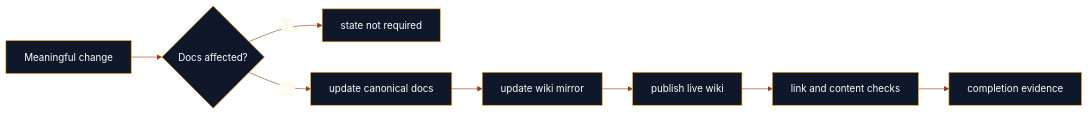
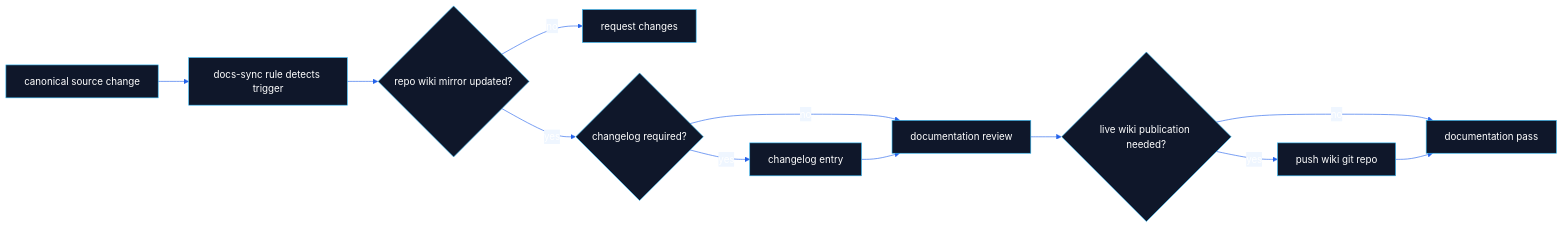
Before and after one commit to flynn33/forsetti-agentic-edition: the third of 3 diagrams in wiki/Documentation.md, drawn with Mermaid. The commit also changed other lines of this file and 11 other files, not shown here.

````diff
--- a/wiki/Documentation.md
+++ b/wiki/Documentation.md
@@ -57,11 +81,15 @@
 ```mermaid
-%%{init: {"theme":"base","themeVariables":{"primaryColor":"#0f172a","primaryTextColor":"#ffffff","primaryBorderColor":"#f59e0b","lineColor":"#92400e","secondaryColor":"#fffbeb","tertiaryColor":"#f8fafc"}}}%%
+%%{init: {"theme":"base","themeVariables":{"primaryColor":"#0f172a","primaryTextColor":"#ffffff","primaryBorderColor":"#38bdf8","lineColor":"#2563eb","secondaryColor":"#eff6ff","tertiaryColor":"#f8fafc"}}}%%
 flowchart LR
-    Change["Meaningful change"] --> Impact{"Docs affected?"}
-    Impact -->|no| Note["state not required"]
-    Impact -->|yes| Canon["update canonical docs"]
-    Canon --> Mirror["update wiki mirror"]
-    Mirror --> Live["publish live wiki"]
-    Live --> Check["link and content checks"]
-    Check --> Evidence["completion evidence"]
+    Source["canonical source change"] --> Detect["docs-sync rule detects trigger"]
+    Detect --> Mirror{"repo wiki mirror updated?"}
+    Mirror -->|no| Request["request changes"]
+    Mirror -->|yes| Changelog{"changelog required?"}
+    Changelog -->|yes| Entry["changelog entry"]
+    Changelog -->|no| Review["documentation review"]
+    Entry --> Review
+    Review --> Live{"live wiki publication needed?"}
+    Live -->|yes| PushWiki["push wiki git repo"]
+    Live -->|no| Done["documentation pass"]
+    PushWiki --> Done
 ```
````
